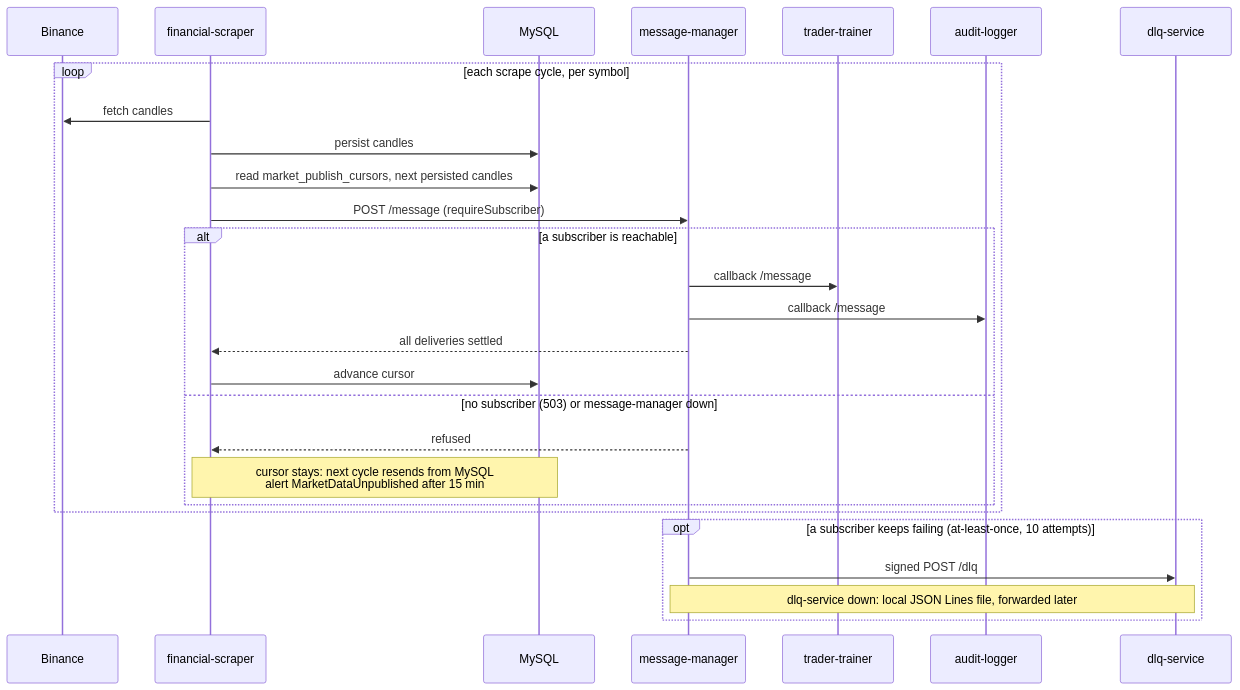
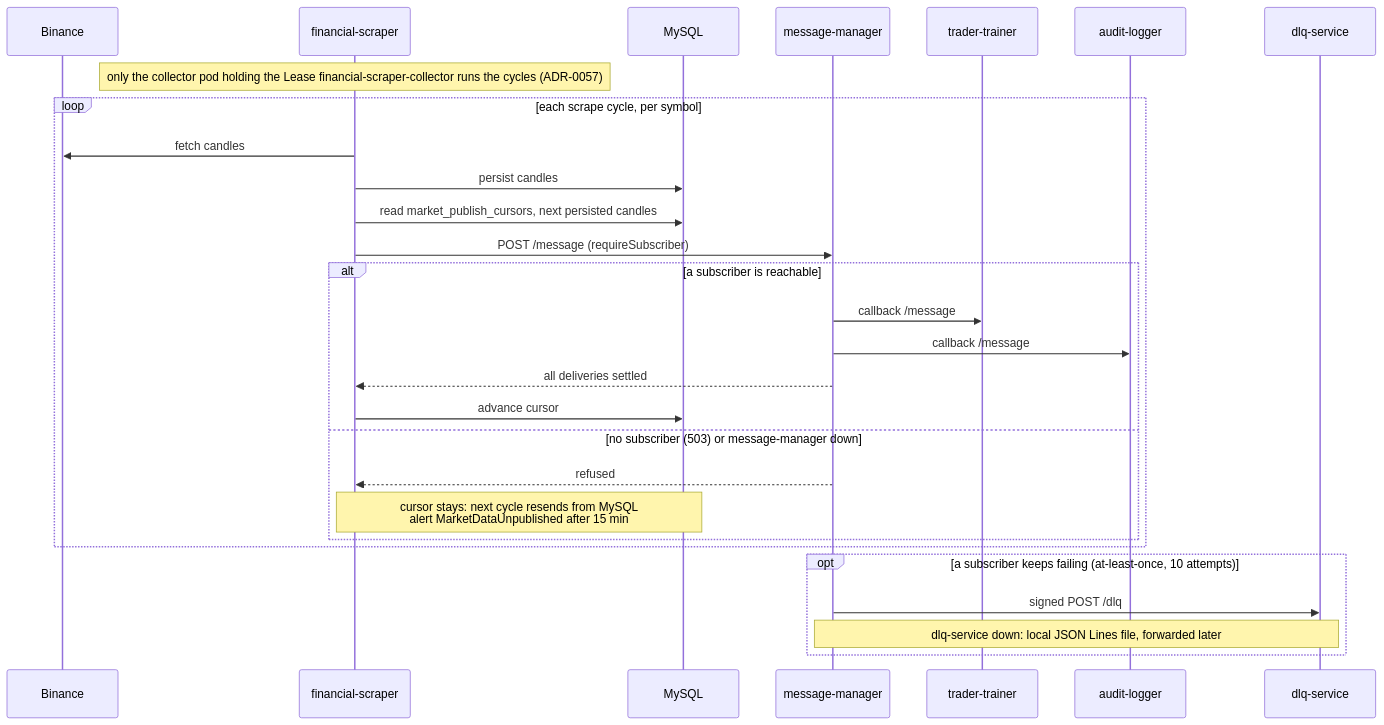
One commit to docteur-turboss/trading-model changed the fourth of 4 diagrams in docs/architecture/system-overview.md. Above: the diagram before and after it, drawn with Mermaid. The commit also changed other lines of this file and 8 other files, not shown here.

First line of the commit message:
:memo:(docs): ADR-0057 supersedes ADR-0042, runbook and deploy docs for the collector Lease

````diff
--- a/docs/architecture/system-overview.md
+++ b/docs/architecture/system-overview.md
@@ -107,29 +107,30 @@
 ```mermaid
 sequenceDiagram
   participant B as Binance
   participant FS as financial-scraper
   participant DB as MySQL
   participant MM as message-manager
   participant TT as trader-trainer
   participant AL as audit-logger
   participant DLQ as dlq-service
+  Note over FS: only the collector pod holding the Lease financial-scraper-collector runs the cycles (ADR-0057)
   loop each scrape cycle, per symbol
     FS->>B: fetch candles
     FS->>DB: persist candles
     FS->>DB: read market_publish_cursors, next persisted candles
     FS->>MM: POST /message (requireSubscriber)
     alt a subscriber is reachable
       MM->>TT: callback /message
       MM->>AL: callback /message
       MM-->>FS: all deliveries settled
       FS->>DB: advance cursor
     else no subscriber (503) or message-manager down
       MM-->>FS: refused
       Note over FS,DB: cursor stays: next cycle resends from MySQL<br/>alert MarketDataUnpublished after 15 min
     end
   end
   opt a subscriber keeps failing (at-least-once, 10 attempts)
     MM->>DLQ: signed POST /dlq
     Note over MM,DLQ: dlq-service down: local JSON Lines file, forwarded later
   end
 ```
````
